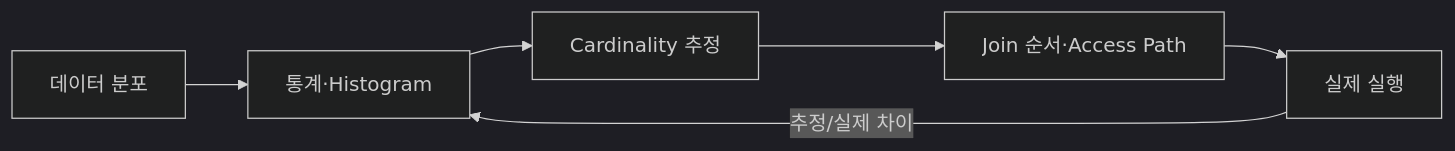
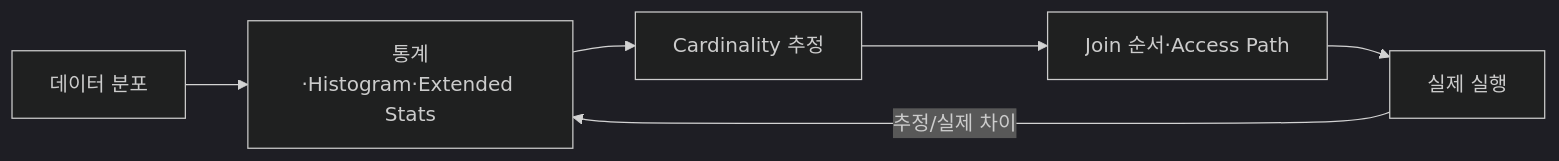
The diagram in apps/api/src/main/resources/content/database-14-statistics-histogram.md (hyeongseoblim/systemdesign), drawn with Mermaid (dark theme) before and after one commit. The commit also changed other lines of this file and 96 other files, not shown here.

````diff
--- a/apps/api/src/main/resources/content/database-14-statistics-histogram.md
+++ b/apps/api/src/main/resources/content/database-14-statistics-histogram.md
@@ -24,8 +29,8 @@
 ```mermaid
 flowchart LR
-    D[데이터 분포] --> S[통계·Histogram]
+    D[데이터 분포] --> S[통계·Histogram·Extended Stats]
     S --> C[Cardinality 추정]
     C --> P[Join 순서·Access Path]
     P --> E[실제 실행]
     E -->|추정/실제 차이| S
 ```
````
